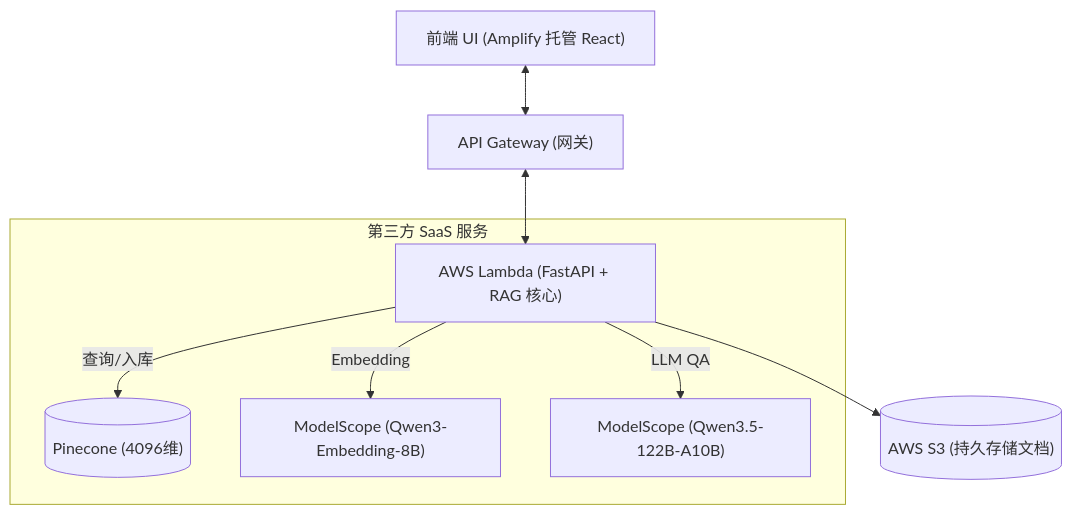
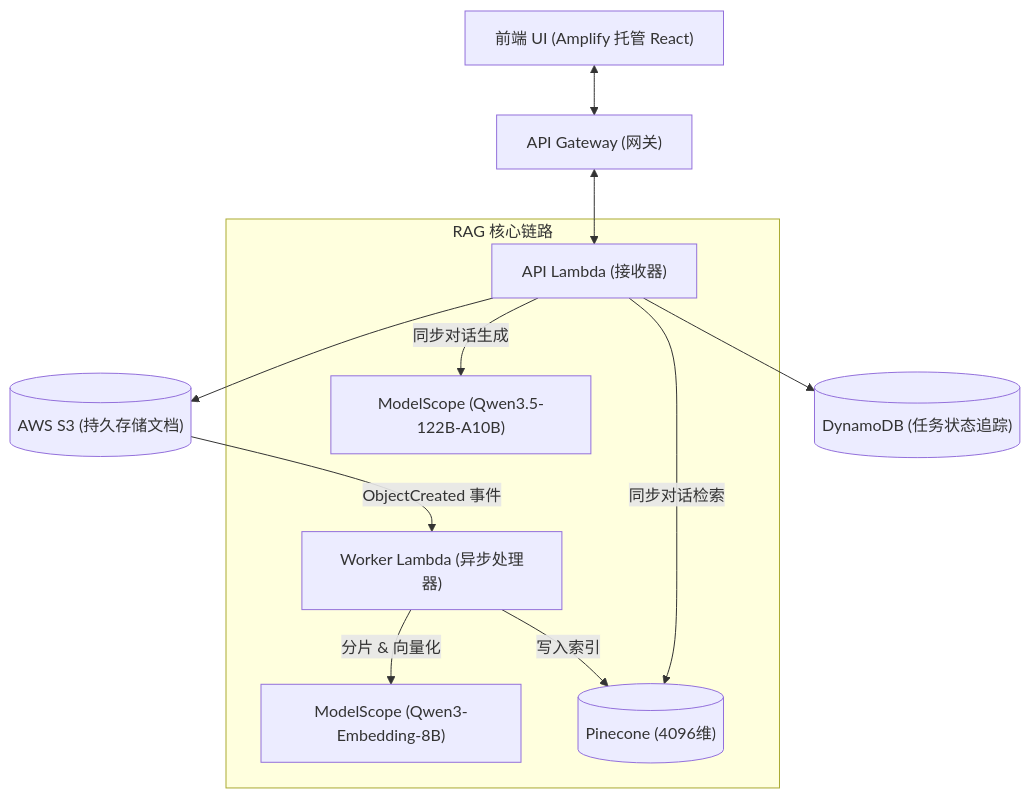
Before and after one commit to supermt1986/aws_notebooklm: the second of 5 diagrams in implementation_plan.md, drawn with Mermaid. The commit also changed other lines of this file and 1 other file, not shown here.

Commit message:
docs: synchronize all implementation plans with async architecture and fix Mermaid syntax

````diff
--- a/implementation_plan.md
+++ b/implementation_plan.md
@@ -100,13 +100,18 @@
 ```mermaid
 graph TD
     Client["前端 UI (Amplify 托管 React)"] <--> APIGW["API Gateway (网关)"]
-    APIGW <--> Lambda["AWS Lambda (FastAPI + RAG 核心)"]
+    APIGW <--> Lambda_API["API Lambda (接收器)"]
     
-    Lambda --> S3[("AWS S3 (持久存储文档)")]
+    Lambda_API --> S3[("AWS S3 (持久存储文档)")]
+    Lambda_API --> DB_Tasks[("DynamoDB (任务状态追踪)")]
     
-    subgraph 第三方 SaaS 服务
-        Lambda -- "查询/入库" --> PC[("Pinecone (4096维)")]
-        Lambda -- "Embedding" --> MSE["ModelScope (Qwen3-Embedding-8B)"]
-        Lambda -- "LLM QA" --> MSL["ModelScope (Qwen3.5-122B-A10B)"]
+    S3 -- "ObjectCreated 事件" --> Lambda_Worker["Worker Lambda (异步处理器)"]
+    
+    subgraph RAG 核心链路
+        Lambda_Worker -- "分片 & 向量化" --> MSE["ModelScope (Qwen3-Embedding-8B)"]
+        Lambda_Worker -- "写入索引" --> PC[("Pinecone (4096维)")]
+        
+        Lambda_API -- "同步对话检索" --> PC
+        Lambda_API -- "同步对话生成" --> MSL["ModelScope (Qwen3.5-122B-A10B)"]
     end
 ```
````
